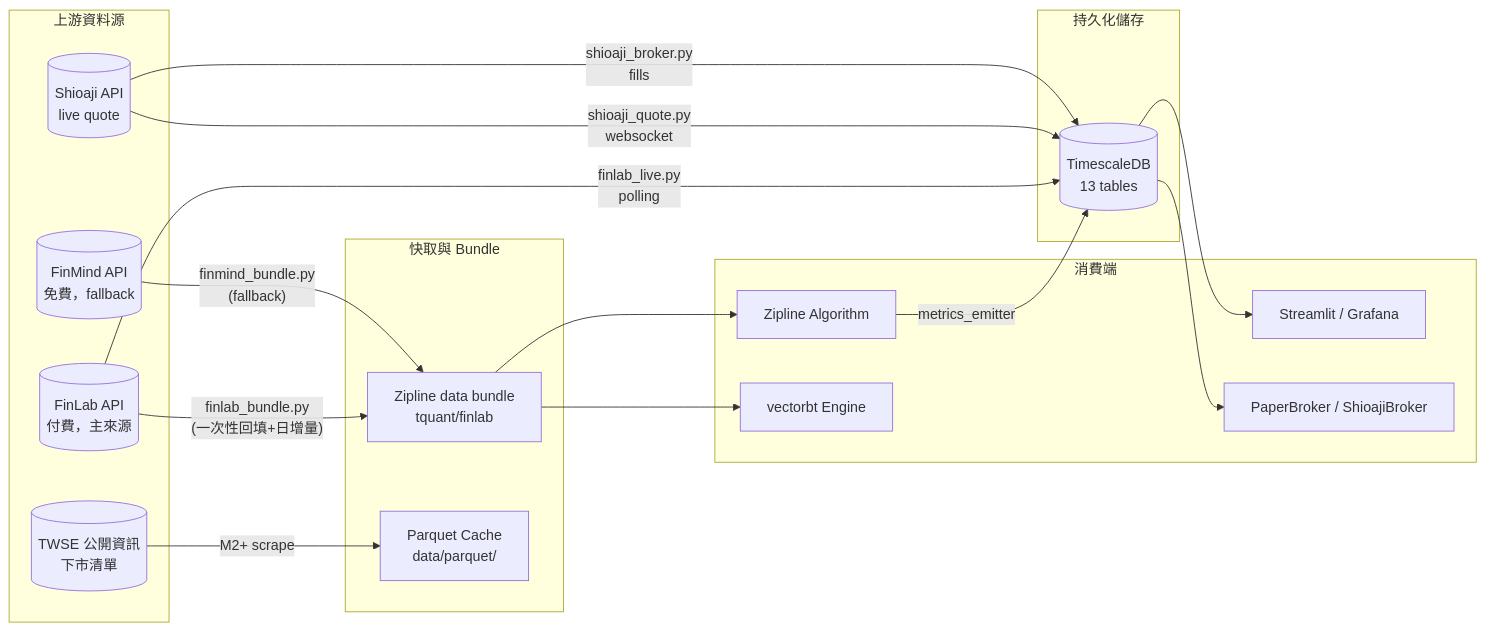
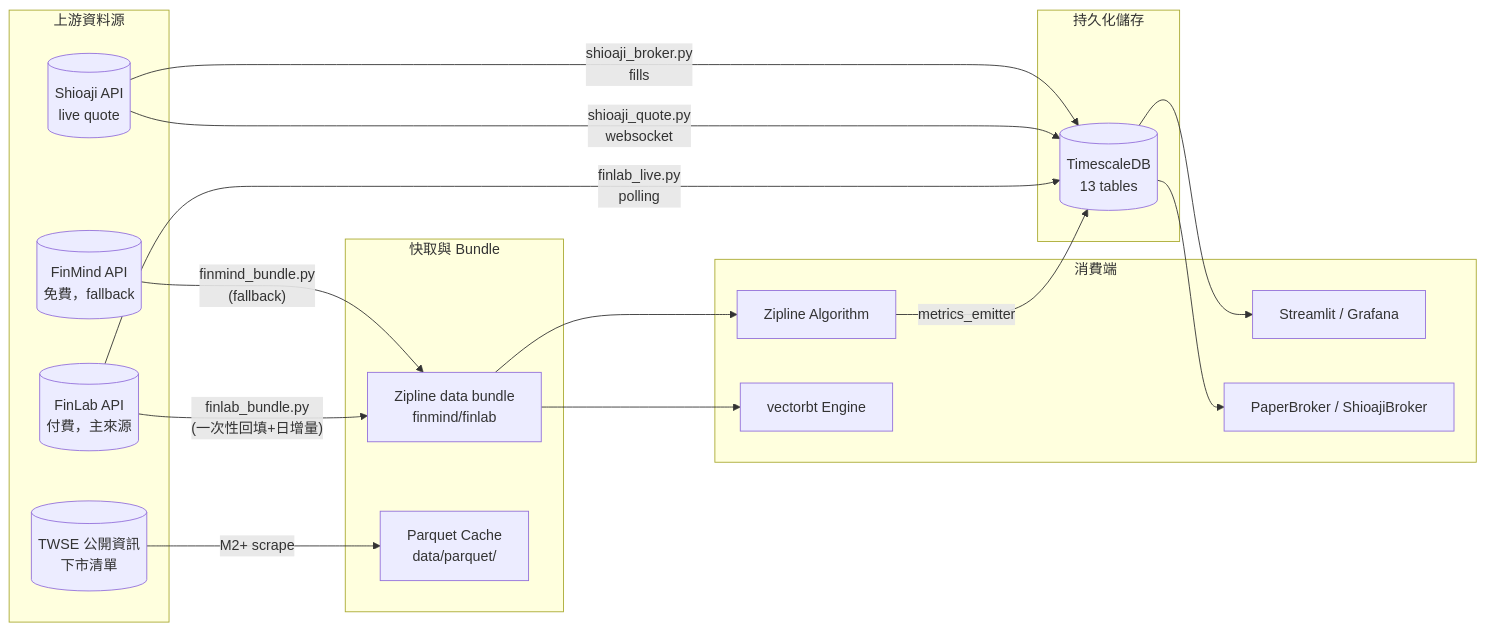
Before and after one commit to Zenobia000/Quantitative_Trading: the diagram in dev_docs/21_data_contract.md, drawn with Mermaid. The commit also changed other lines of this file and 10 other files, not shown here.

````diff
--- a/dev_docs/21_data_contract.md
+++ b/dev_docs/21_data_contract.md
@@ -15,37 +15,37 @@
 ```mermaid
 flowchart LR
     subgraph upstream["上游資料源"]
         finlab[("FinLab API<br/>付費，主來源")]
         finmind[("FinMind API<br/>免費，fallback")]
         shioaji[("Shioaji API<br/>live quote")]
         twse[("TWSE 公開資訊<br/>下市清單")]
     end
 
     subgraph cache["快取與 Bundle"]
-        bundle["Zipline data bundle<br/>tquant/finlab"]
+        bundle["Zipline data bundle<br/>finmind/finlab"]
         parquet["Parquet Cache<br/>data/parquet/"]
     end
 
     subgraph storage["持久化儲存"]
         tsdb[("TimescaleDB<br/>13 tables")]
     end
 
     subgraph consumer["消費端"]
         zipline["Zipline Algorithm"]
         vbt["vectorbt Engine"]
         ui["Streamlit / Grafana"]
         broker["PaperBroker / ShioajiBroker"]
     end
 
     finlab -->|"finlab_bundle.py<br/>(一次性回填+日增量)"| bundle
     finmind -->|"finmind_bundle.py<br/>(fallback)"| bundle
     bundle --> zipline
     bundle --> vbt
     finlab -->|"finlab_live.py<br/>polling"| tsdb
     shioaji -->|"shioaji_quote.py<br/>websocket"| tsdb
     shioaji -->|"shioaji_broker.py<br/>fills"| tsdb
     twse -->|"M2+ scrape"| parquet
     tsdb --> ui
     tsdb --> broker
     zipline -->|"metrics_emitter"| tsdb
 ```
````
